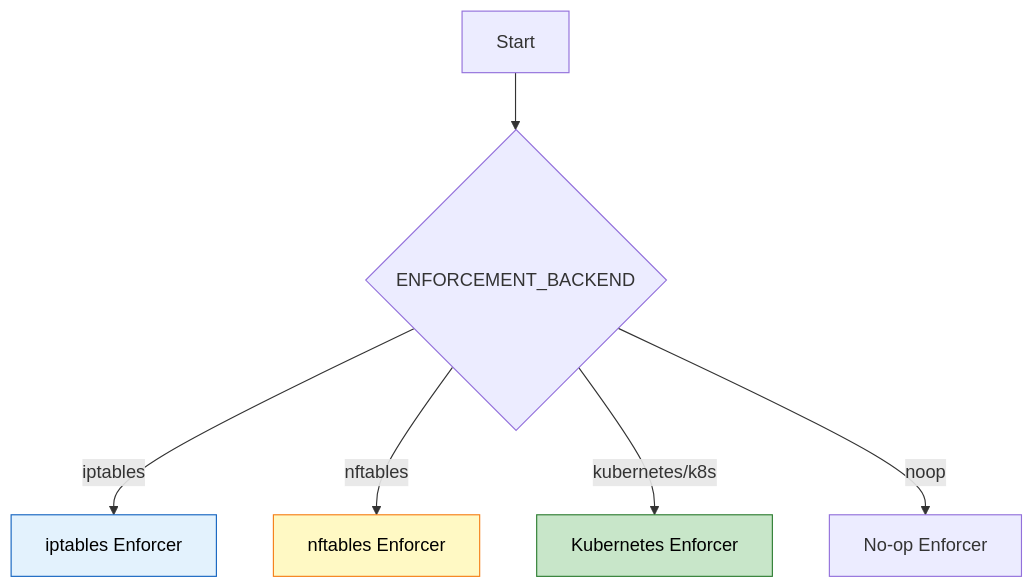
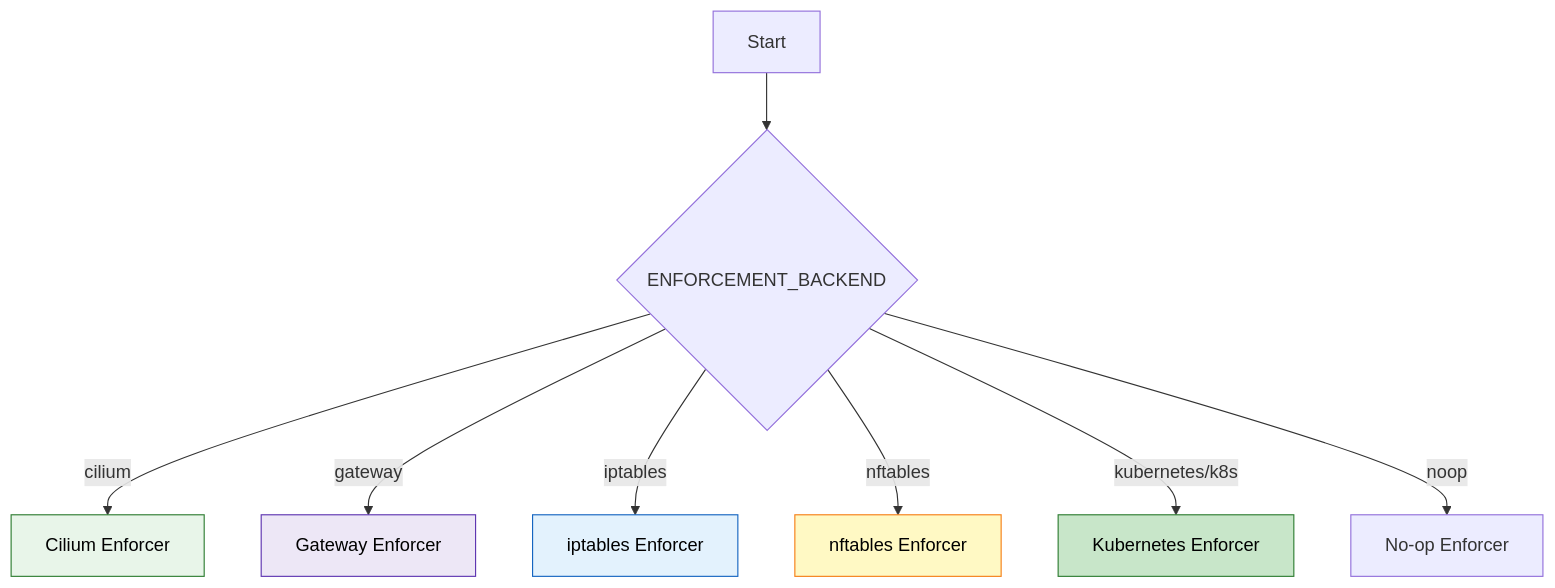
The seventh of 12 diagrams in docs/design/LLD-enforcement-agent.md (EveShark/CyberMesh), drawn with Mermaid before and after one commit. The commit also changed other lines of this file and 49 other files, not shown here.

````diff
--- a/docs/design/LLD-enforcement-agent.md
+++ b/docs/design/LLD-enforcement-agent.md
@@ -185,12 +252,16 @@
 ```mermaid
 flowchart TB
     START[Start] --> CFG{ENFORCEMENT_BACKEND}
+    CFG -->|cilium| CIL[Cilium Enforcer]
+    CFG -->|gateway| GW[Gateway Enforcer]
     CFG -->|iptables| IPT[iptables Enforcer]
     CFG -->|nftables| NFT[nftables Enforcer]
     CFG -->|kubernetes/k8s| K8S[Kubernetes Enforcer]
     CFG -->|noop| NOOP[No-op Enforcer]
     
+    style CIL fill:#e8f5e9,stroke:#2e7d32,color:#000;
+    style GW fill:#ede7f6,stroke:#5e35b1,color:#000;
     style IPT fill:#e3f2fd,stroke:#1565c0,color:#000;
     style NFT fill:#fff9c4,stroke:#f57f17,color:#000;
     style K8S fill:#c8e6c9,stroke:#2e7d32,color:#000;
 ```
````
